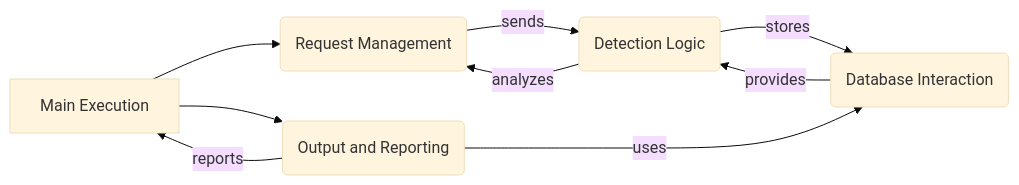
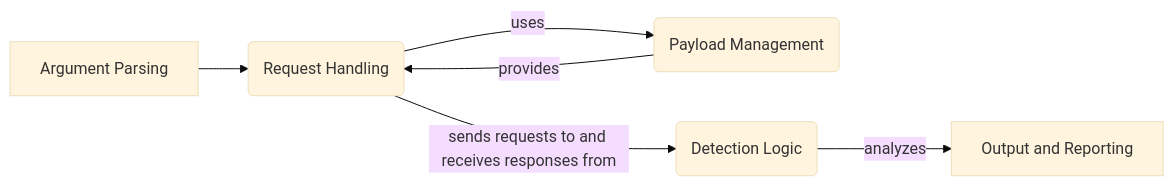
The diagram in WhatWaf/on_boarding.md (CodeBoarding/GeneratedOnBoardings), drawn with Mermaid (base theme) before and after one commit. The commit also changed other lines of this file and 8 other files, not shown here.

Commit message:
Uploading onboarding materials for WhatWaf

````diff
--- a/WhatWaf/on_boarding.md
+++ b/WhatWaf/on_boarding.md
@@ -5,3192 +5,14 @@
 ```mermaid
 graph LR
-    A[Main Execution] --> B(Request Management) 
-    A --> E(Output and Reporting)
-    B -- "sends" --> C(Detection Logic)
-    C -- "analyzes" --> B
-    C -- "stores" --> D(Database Interaction)
-    D -- "provides" --> C
-    E -- "uses" --> D
-    E -- "reports" --> A
+    A["Argument Parsing"] --> B("Request Handling")
+    B -- uses --> C("Payload Management")
+    C -- provides --> B
+    B -- sends requests to and receives responses from --> D("Detection Logic")
+    D -- analyzes --> E["Output and Reporting"]
 
-
-
-
-
-
-
-
-
-
-
-
-
-
-
-
-
-
-
-
-
-
-
-
-
-
-
-
-
-
-
-
-
-
-
-
-
-
-
-
-
-
-
-
-
-
-
-
-
-
-
-
-
-
-
-
-
-
-
-
-
-
-
-
-
-
-
-
-
-
-
-
-
-
-
-
-
-
-
-
-
-
-
-
-
-
-
-
-
-
-
-
-
-
-
-
-
-
-
-
-
-
-
-
-
-
-
-
-
-
-
-
-
-
-
-
-
-
-
-
-
-
-
-
-
-
-
-
-
-
-
-
-
-
-
-
-
-
-
-
-
-
-
-
-
-
-
-
-
-
-
-
-
-
-
-
-
-
-
-
-
-
-
-
-
-
-
-
-
-
-
-
-
-
-
-
-
-
-
-
-
-
-
-
-
-
-
-
-
-
-
-
-
-
-
-
-
-
-
-
-
-
-
-
-
-
-
-
-
-
-
-
-
-
-
-
-
-
-
-
-
-
-
-
-
-
-
-
-
-
-
-
-
-
-
-
-
-
-
-
-
-
-
-
-
-
-
-
-
-
-
-
-
-
-
-
-
-
-
-
-
-
-
-
-
-
-
-
-
-
-
-
-
-
-
-
-
-
-
-
-
-
-
-
-
-
-
-
-
-
-
-
-
-
-
-
-
-
-
-
-
-
-
-
-
-
-
-
-
-
-
-
-
-
-
-
-
-
-
-
-
-
-
-
-
-
-
-
-
-
-
-
-
-
-
-
-
-
-
-
-
-
-
-
-
-
-
-
-
-
-
-
-
-
-
-
-
-
-
-
-
-
-
-
-
-
-
-
-
-
-
-
-
-
-
-
-
-
-
-
-
-
-
-
-
-
-
-
-
-
-
-
-
-
-
-
-
-
-
-
-
-
-
-
-
-
-
-
-
-
-
-
-
-
-
-
-
-
-
-
-
-
-
-
-
-
-
-
-
-
-
-
-
-
-
-
-
-
-
-
-
-
-
-
-
-
-
-
-
-
-
-
-
-
-
-
-
-
-
-
-
-
-
-
-
-
-
-
-
-
-
-
-
-
-
-
-
-
-
-
-
-
-
-
-
-
-
-
-
-
-
-
-
-
-
-
-
-
-
-
-
-
-
-
-
-
-
-
-
-
-
-
-
-
-
-
-
-
-
-
-
-
-
-
-
-
-
-
-
-
-
-
-
-
-
-
-
-
-
-
-
-
-
-
-
-
-
-
-
-
-
-
-
-
-
-
-
-
-
-
-
-
-
-
-
-
-
-
-
-
-
-
-
-
-
-
-
-
-
-
-
-
-
-
-
-
-
-
-
-
-
-
-
-
-
-
-
-
-
-
-
-
-
-
-
-
-
-
-
-
-
-
-
-
-
-
-
-
-
-
-
-
-
-
-
-
-
-
-
-
-
-
-
-
-
-
-
-
-
-
-
-
-
-
-
-
-
-
-
-
-
-
-
-
-
-
-
-
-
-
-
-
-
-
-
-
-
-
-
-
-
-
-
-
-
-
-
-
-
-
-
-
-
-
-
-
-
-
-
-
-
-
-
-
-
-
-
-
-
-
-
-
-
-
-
-
-
-
-
-
-
-
-
-
-
-
-
-
-
-
-
-
-
-
-
-
-
-
-
-
-
-
-
-
-
-
-
-
-
-
-
-
-
-
-
-
-
-
-
-
-
-
-
-
-
-
-
-
-
-
-
-
-
-
-
-
-
-
-
-
-
-
-
-
-
-
-
-
-
-
-
-
-
-
-
-
-
-
-
-
-
-
-
-
-
-
-
-
-
-
-
-
-
-
-
-
-
-
-
-
-
-
-
-
-
-
-
-
-
-
-
-
-
-
-
-
-
-
-
-
-
-
-
-
-
-
-
-
-
-
-
-
-
-
-
-
-
-
-
-
-
-
-
-
-
-
-
-
-
-
-
-
-
-
-
-
-
-
-
-
-
-
-
-
-
-
-
-
-
-
-
-
-
-
-
-
-
-
-
-
-
-
-
-
-
-
-
-
-
-
-
-
-
-
-
-
-
-
-
-
-
-
-
-
-
-
-
-
-
-
-
-
-
-
-
-
-
-
-
-
-
-
-
-
-
-
-
-
-
-
-
-
-
-
-
-
-
-
-
-
-
-
-
-
-
-
-
-
-
-
-
-
-
-
-
-
-
-
-
-
-
-
-
-
-
-
-
-
-
-
-
-
-
-
-
-
-
-
-
-
-
-
-
-
-
-
-
-
-
-
-
-
-
-
-
-
-
-
-
-
-
-
-
-
-
-
-
-
-
-
-
-
-
-
-
-
-
-
-
-
-
-
-
-
-
-
-
-
-
-
-
-
-
-
-
-
-
-
-
-
-
-
-
-
-
-
-
-
-
-
-
-
-
-
-
-
-
-
-
-
-
-
-
-
-
-
-
-
-
-
-
-
-
-
-
-
-
-
-
-
-
-
-
-
-
-
-
-
-
-
-
-
-
-
-
-
-
-
-
-
-
-
-
-
-
-
-
-
-
-
-
-
-
-
-
-
-
-
-
-
-
-
-
-
-
-
-
-
-
-
-
-
-
-
-
-
-
-
-
-
-
-
-
-
-
-
-
-
-
-
-
-
-
-
-
-
-
-
-
-
-
-
-
-
-
-
-
-
-
-
-
-
-
-
-
-
-
-
-
-
-
-
-
-
-
-
-
-
-
-
-
-
-
-
-
-
-
-
-
-
-
-
-
-
-
-
-
-
-
-
-
-
-
-
-
-
-
-
-
-
-
-
-
-
-
-
-
-
-
-
-
-
-
-
-
-
-
-
-
-
-
-
-
-
-
-
-
-
-
-
-
-
-
-
-
-
-
-
-
-
-
-
-
-
-
-
-
-
-
-
-
-
-
-
-
-
-
-
-
-
-
-
-
-
-
-
-
-
-
-
-
-
-
-
-
-
-
-
-
-
-
-
-
-
-
-
-
-
-
-
-
-
-
-
-
-
-
-
-
-
-
-
-
-
-
-
-
-
-
-
-
-
-
-
-
-
-
-
-
-
-
-
-
-
-
-
-
-
-
-
-
-
-
-
-
-
-
-
-
-
-
-
-
-
-
-
-
-
-
-
-
-
-
-
-
-
-
-
-
-
-
-
-
-
-
-
-
-
-
-
-
-
-
-
-
-
-
-
-
-
-
-
-
-
-
-
-
-
-
-
-
-
-
-
-
-
-
-
-
-
-
-
-
-
-
-
-
-
-
-
-
-
-
-
-
-
-
-
-
-
-
-
-
-
-
-
-
-
-
-
-
-
-
-
-
-
-
-
-
-
-
-
-
-
-
-
-
-
-
-
-
-
-
-
-
-
-
-
-
-
-
-
-
-
-
-
-
-
-
-
-
-
-
-
-
-
-
-
-
-
-
-
-
-
-
-
-
-
-
-
-
-
-
-
-
-
-
-
-
-
-
-
-
-
-
-
-
-
-
-
-
-
-
-
-
-
-
-
-
-
-
-
-
-
-
-
-
-
-
-
-
-
-
-
-
-
-
-
-
-
-
-
-
-
-
-
-
-
-
-
-
-
-
-
-
-
-
-
-
-
-
-
-
-
-
-
-
-
-
-
-
-
-
-
-
-
-
-
-
-
-
-
-
-
-
-
-
-
-
-
-
-
-
-
-
-
-
-
-
-
-
-
-
-
-
-
-
-
-
-
-
-
-
-
-
-
-
-
-
-
-
-
-
-
-
-
-
-
-
-
-
-
-
-
-
-
-
-
-
-
-
-
-
-
-
-
-
-
-
-
-
-
-
-
-
-
-
-
-
-
-
-
-
-
-
-
-
-
-
-
-
-
-
-
-
-
-
-
-
-
-
-
-
-
-
-
-
-
-
-
-
-
-
-
-
-
-
-
-
-
-
-
-
-
-
-
-
-
-
-
-
-
-
-
-
-
-
-
-
-
-
-
-
-
-
-
-
-
-
-
-
-
-
-
-
-
-
-
-
-
-
-
-
-
-
-
-
-
-
-
-
-
-
-
-
-
-
-
-
-
-
-
-
-
-
-
-
-
-
-
-
-
-
-
-
-
-
-
-
-
-
-
-
-
-
-
-
-
-
-
-
-
-
-
-
-
-
-
-
-
-
-
-
-
-
-
-
-
-
-
-
-
-
-
-
-
-
-
-
-
-
-
-
-
-
-
-
-
-
-
-
-
-
-
-
-
-
-
-
-
-
-
-
-
-
-
-
-
-
-
-
-
-
-
-
-
-
-
-
-
-
-
-
-
-
-
-
-
-
-
-
-
-
-
-
-
-
-
-
-
-
-
-
-
-
-
-
-
-
-
-
-
-
-
-
-
-
-
-
-
-
-
-
-
-
-
-
-
-
-
-
-
-
-
-
-
-
-
-
-
-
-
-
-
-
-
-
-
-
-
-
-
-
-
-
-
-
-
-
-
-
-
-
-
-
-
-
-
-
-
-
-
-
-
-
-
-
-
-
-
-
-
-
-
-
-
-
-
-
-
-
-
-
-
-
-
-
-
-
-
-
-
-
-
-
-
-
-
-
-
-
-
-
-
-
-
-
-
-
-
-
-
-
-
-
-
-
-
-
-
-
-
-
-
-
-
-
-
-
-
-
-
-
-
-
-
-
-
-
-
-
-
-
-
-
-
-
-
-
-
-
-
-
-
-
-
-
-
-
-
-
-
-
-
-
-
-
-
-
-
-
-
-
-
-
-
-
-
-
-
-
-
-
-
-
-
-
-
-
-
-
-
-
-
-
-
-
-
-
-
-
-
-
-
-
-
-
-
-
-
-
-
-
-
-
-
-
-
-
-
-
-
-
-
-
-
-
-
-
-
-
-
-
-
-
-
-
-
-
-
-
-
-
-
-
-
-
-
-
-
-
-
-
-
-
-
-
-
-
-
-
-
-
-
-
-
-
-
-
-
-
-
-
-
-
-
-
-
-
-
-
-
-
-
-
-
-
-
-
-
-
-
-
-
-
-
-
-
-
-
-
-
-
-
-
-
-
-
-
-
-
-
-
-
-
-
-
-
-
-
-
-
-
-
-
-
-
-
-
-
-
-
-
-
-
-
-
-
-
-
-
-
-
-
-
-
-
-
-
-
-
-
-
-
-
-
-
-
-
-
-
-
-
-
-
-
-
-
-
-
-
-
-
-
-
-
-
-
-
-
-
-
-
-
-
-
-
-
-
-
-
-
-
-
-
-
-
-
-
-
-
-
-
-
-
-
-
-
-
-
-
-
-
-
-
-
-
-
-
-
-
-
-
-
-
-
-
-
-
-
-
-
-
-
-
-
-
-
-
-
-
-
-
-
-
-
-
-
-
-
-
-
-
-
-
-
-
-
-
-
-
-
-
-
-
-
-
-
-
-
-
-
-
-
-
-
-
-
-
-
-
-
-
-
-
-
-
-
-
-
-
-
-
-
-
-
-
-
-
-
-
-
-
-
-
-
-
-
-
-
-
-
-
-
-
-
-
-
-
-
-
-
-
-
-
-
-
-
-
-
-
-
-
-
-
-
-
-
-
-
-
-
-
-
-
-
-
-
-
-
-
-
-
-
-
-
-
-
-
-
-
-
-
-
-
-
-
-
-
-
-
-
-
-
-
-
-
-
-
-
-
-
-
-
-
-
-
-
-
-
-
-
-
-
-
-
-
-
-
-
-
-
-
-
-
-
-
-
-
-
-
-
-
-
-
-
-
-
-
-
-
-
-
-
-
-
-
-
-
-
-
-
-
-
-
-
-
-
-
-
-
-
-
-
-
-
-
-
-
-
-
-
-
-
-
-
-
-
-
-
-
-
-
-
-
-
-
-
-
-
-
-
-
-
-
-
-
-
-
-
-
-
-
-
-
-
-
-
-
-
-
-
-
-
-
-
-
-
-
-
-
-
-
-
-
-
-
-
-
-
-
-
-
-
-
-
-
-
-
-
-
-
-
-
-
-
-
-
-
-
-
-
-
-
-
-
-
-
-
-
-
-
-
-
-
-
-
-
-
-
-
-
-
-
-
-
-
-
-
-
-
-
-
-
-
-
-
-
-
-
-
-
-
-
-
-
-
-
-
-
-
-
-
-
-
-
-
-
-
-
-
-
-
-
-
-
-
-
-
-
-
-
-
-
-
-
-
-
-
-
-
-
-
-
-
-
-
-
-
-
-
-
-
-
-
-
-
-
-
-
-
-
-
-
-
-
-
-
-
-
-
-
-
-
-
-
-
-
-
-
-
-
-
-
-
-
-
-
-
-
-
-
-
-
-
-
-
-
-
-
-
-
-
-
-
-
-
-
-
-
-
-
-
-
-
-
-
-
-
-
-
-
-
-
-
-
-
-
-
-
-
-
-
-
-
-
-
-
-
-
-
-
-
-
-
-
-
-
-
-
-
-
-
-
-
-
-
-
-
-
-
-
-
-
-
-
-
-
-
-
-
-
-
-
-
-
-
-
-
-
-
-
-
-
-
-
-
-
-
-
-
-
-
-
-
-
-
-
-
-
-
-
-
-
-
-
-
-
-
-
-
-
-
-
-
-
-
-
-
-
-
-
-
-
-
-
-
-
-
-
-
-
-
-
-
-
-
-
-
-
-
-
-
-
-
-
-
-
-
-
-
-
-
-
-
-
-
-
-
-
-
-
-
-
-
-
-
-
-
-
-
-
-
-
-
-
-
-
-
-
-
-
-
-
-
-
-
-
-
-
-
-
-
-
-
-
-
-
-
-
-
-
-
-
-
-
-
-
-
-
-
-
-
-
-
-
-
-
-
-
-
-
-
-
-
-
-
-
-
-
-
-
-
-
-
-
-
-
-
-
-
-
-
-
-
-
-
-
-
-
-
-
-
-
-
-
-
-
-
-
-
-
-
-
-
-
-
-
-
-
-
-
-
-
-
-
-
-
-
-
-
-
-
-
-
-
-
-
-
-
-
-
-
-
-
-
-
-
-
-
-
-
-
-
-
-
-
-
-
-
-
-
-
-
-
-
-
-
-
-
-
-
-
-
-
-
-
-
-
-
-
-
-
-
-
-
-
-
-
-
-
-
-
-
-
-
-
-
-
-
-
-
-
-
-
-
-
-
-
-
-
-
-
-
-
-
-
-
-
-
-
-
-
-
-
-
-
-
-
-
-
-
-
-
-
-
-
-
-
-
-
+click A href "https://github.com/CodeBoarding/GeneratedOnBoardings/blob/main/WhatWaf//Argument Parsing.md"
+click B href "https://github.com/CodeBoarding/GeneratedOnBoardings/blob/main/WhatWaf//Request Handling.md"
+click C href "https://github.com/CodeBoarding/GeneratedOnBoardings/blob/main/WhatWaf//Payload Management.md"
+click D href "https://github.com/CodeBoarding/GeneratedOnBoardings/blob/main/WhatWaf//Detection Logic.md"
+click E href "https://github.com/CodeBoarding/GeneratedOnBoardings/blob/main/WhatWaf//Output and Reporting.md"
 ```
````
